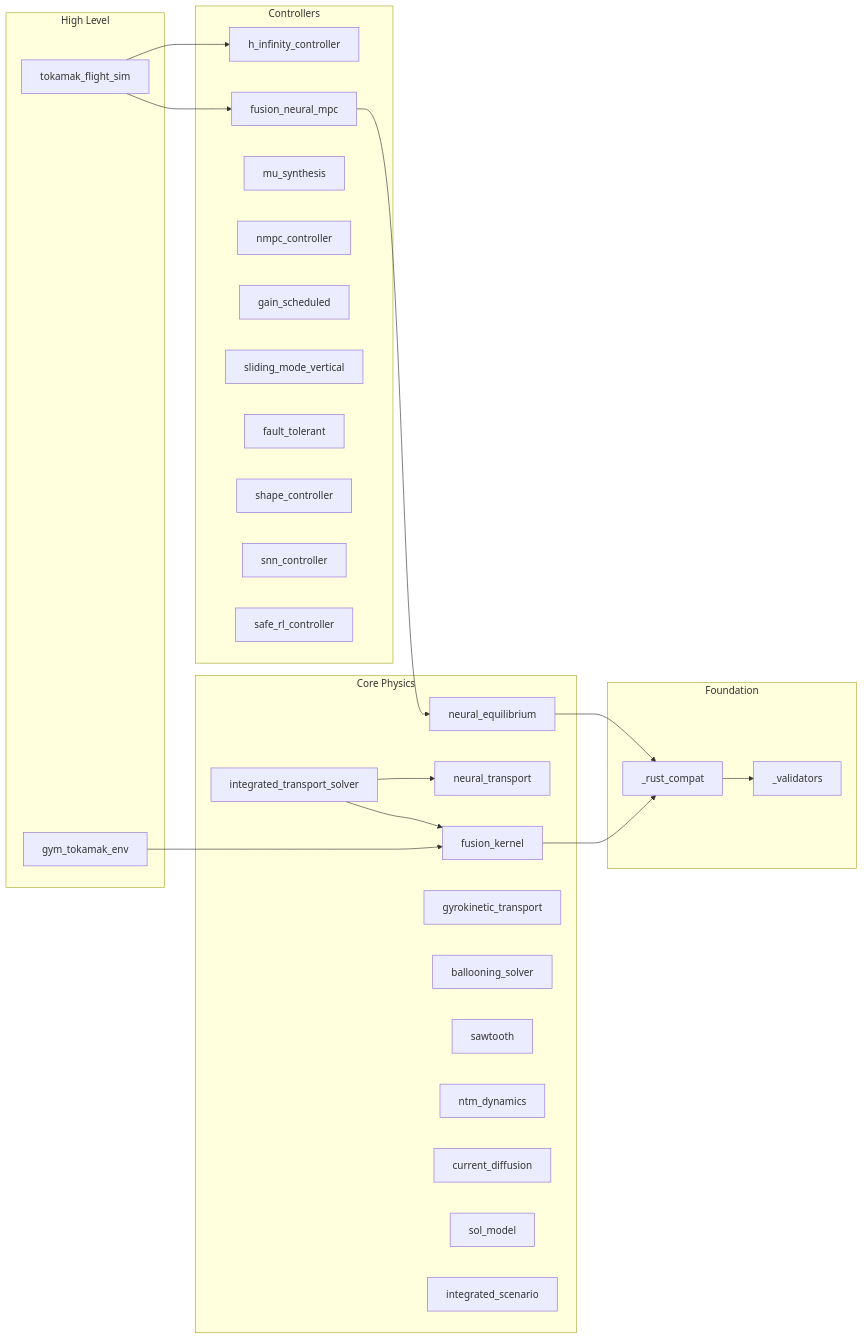
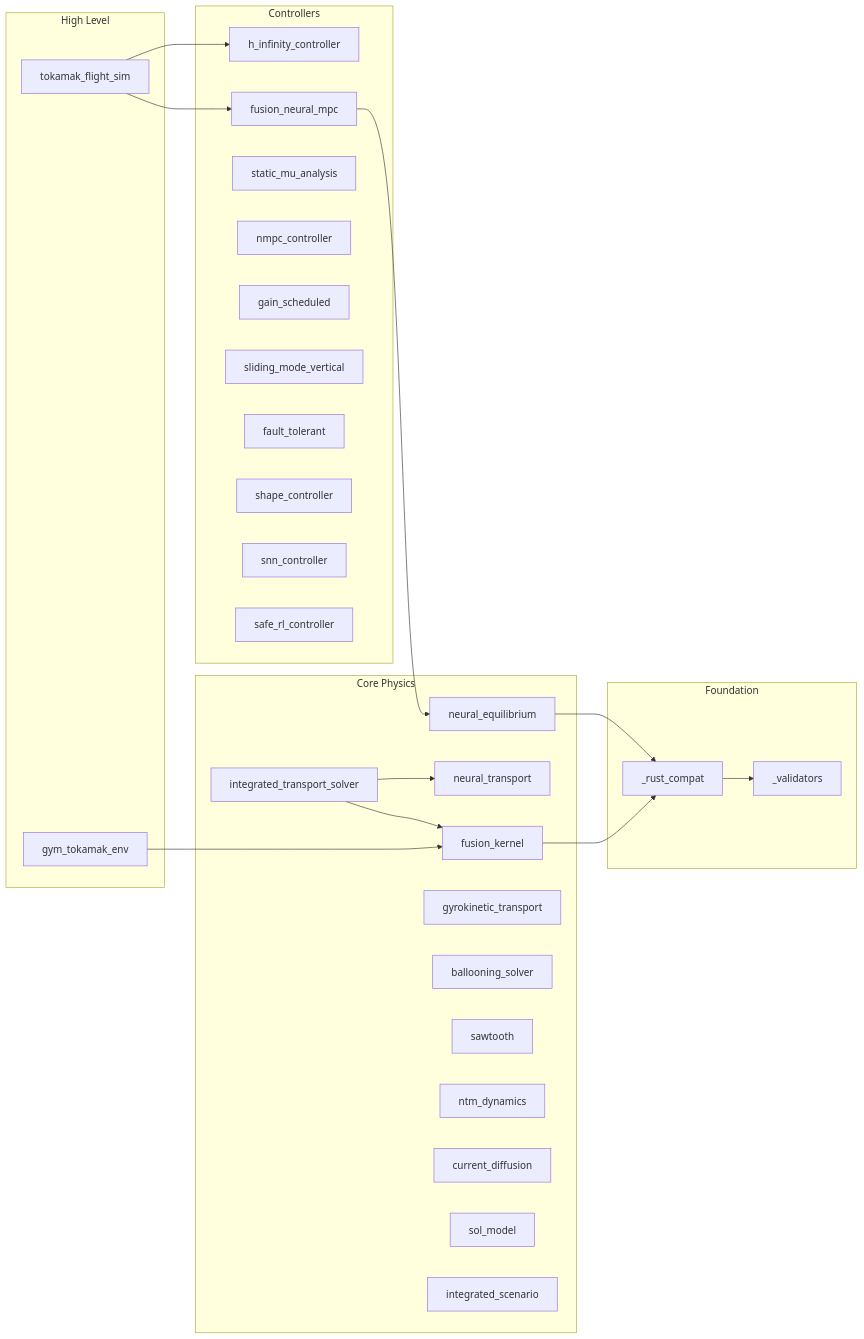
Before and after one commit to anulum/scpn-control: the third of 5 diagrams in docs/architecture.md, drawn with Mermaid. The commit also changed other lines of this file and 48 other files, not shown here.

First line of the commit message:
refactor(control): correct static mu analysis contract

````diff
--- a/docs/architecture.md
+++ b/docs/architecture.md
@@ -211,49 +211,49 @@
 ```mermaid
 graph LR
     subgraph "High Level"
         FS[tokamak_flight_sim]
         GYM[gym_tokamak_env]
     end
 
     subgraph "Controllers"
         MPC[fusion_neural_mpc]
         HINF[h_infinity_controller]
-        MU[mu_synthesis]
+        MU[static_mu_analysis]
         NMPC[nmpc_controller]
         GS_CTRL[gain_scheduled]
         SM[sliding_mode_vertical]
         FT[fault_tolerant]
         SC[shape_controller]
         SNN[snn_controller]
         SRL[safe_rl_controller]
     end
 
     subgraph "Core Physics"
         ITS[integrated_transport_solver]
         FK[fusion_kernel]
         NEQ[neural_equilibrium]
         NT[neural_transport]
         GT[gyrokinetic_transport]
         BS[ballooning_solver]
         ST[sawtooth]
         NTM[ntm_dynamics]
         CD[current_diffusion]
         SOL[sol_model]
         ISS[integrated_scenario]
     end
 
     subgraph "Foundation"
         RC[_rust_compat]
         VAL[_validators]
     end
 
     FS --> MPC
     FS --> HINF
     GYM --> FK
     MPC --> NEQ
     ITS --> FK
     ITS --> NT
     FK --> RC
     NEQ --> RC
     RC --> VAL
 ```
````
